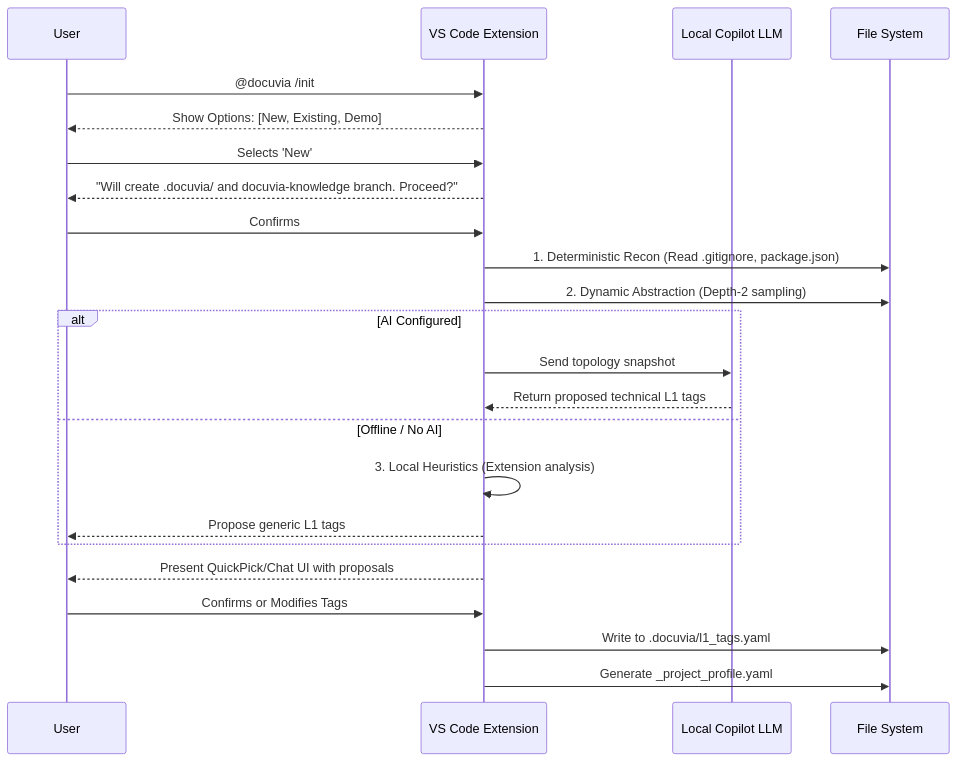
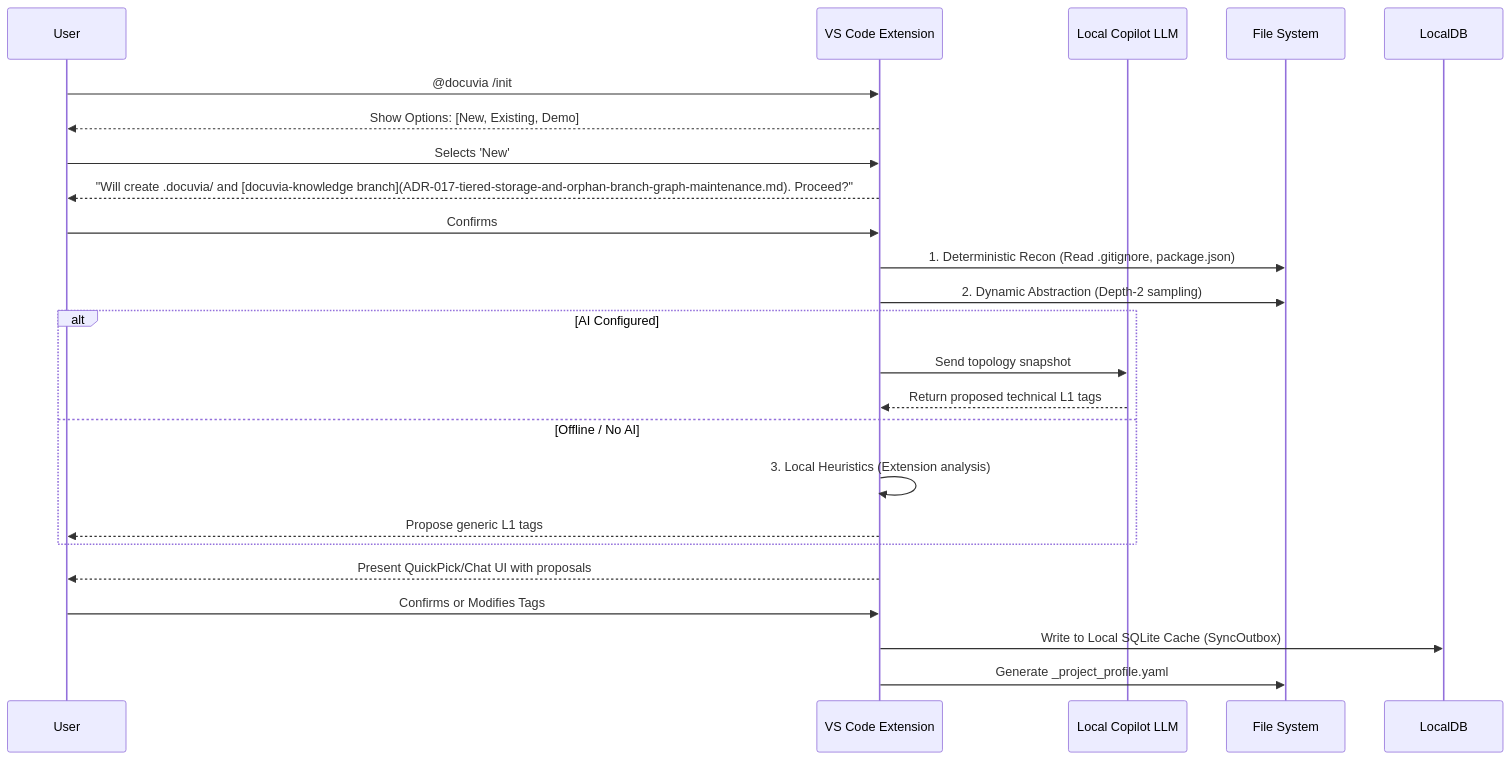
The diagram in docs/design/adrs/ADR-001-vscode-client-onboarding.md (dyphn1/Docuvia), drawn with Mermaid before and after one commit. The commit also changed other lines of this file, not shown here.

Commit message:
docs(adr): fix ADR-001 anchoring contradiction and align with SQLite caching

````diff
--- a/docs/design/adrs/ADR-001-vscode-client-onboarding.md
+++ b/docs/design/adrs/ADR-001-vscode-client-onboarding.md
@@ -14,29 +14,29 @@
 ```mermaid
 sequenceDiagram
     participant User
     participant VSC as VS Code Extension
     participant LLM as Local Copilot LLM
     participant FS as File System
 
     User->>VSC: @docuvia /init
     VSC-->>User: Show Options: [New, Existing, Demo]
     User->>VSC: Selects 'New'
-    VSC-->>User: "Will create .docuvia/ and docuvia-knowledge branch. Proceed?"
+    VSC-->>User: "Will create .docuvia/ and [docuvia-knowledge branch](ADR-017-tiered-storage-and-orphan-branch-graph-maintenance.md). Proceed?"
     User->>VSC: Confirms
 
     VSC->>FS: 1. Deterministic Recon (Read .gitignore, package.json)
     VSC->>FS: 2. Dynamic Abstraction (Depth-2 sampling)
 
     alt AI Configured
         VSC->>LLM: Send topology snapshot
         LLM-->>VSC: Return proposed technical L1 tags
     else Offline / No AI
         VSC->>VSC: 3. Local Heuristics (Extension analysis)
         VSC-->>User: Propose generic L1 tags
     end
 
     VSC-->>User: Present QuickPick/Chat UI with proposals
     User->>VSC: Confirms or Modifies Tags
-    VSC->>FS: Write to .docuvia/l1_tags.yaml
+    VSC->>LocalDB: Write to Local SQLite Cache (SyncOutbox)
     VSC->>FS: Generate _project_profile.yaml
 ```
````
